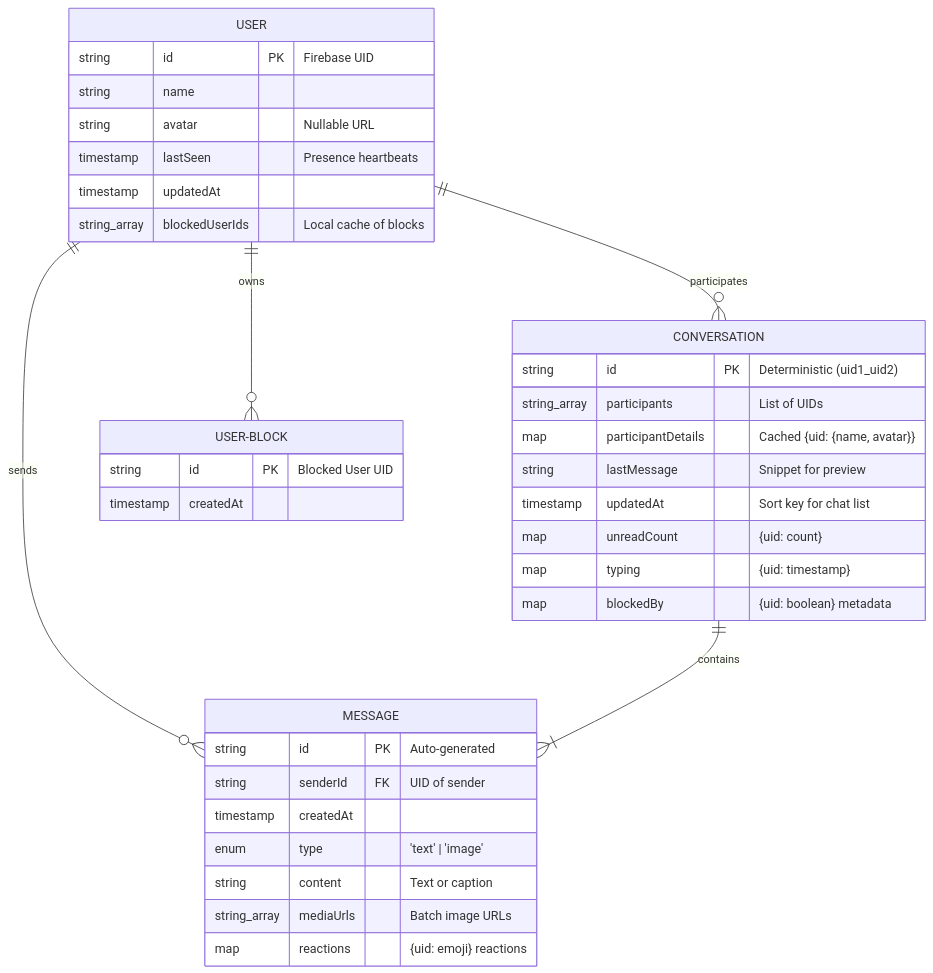
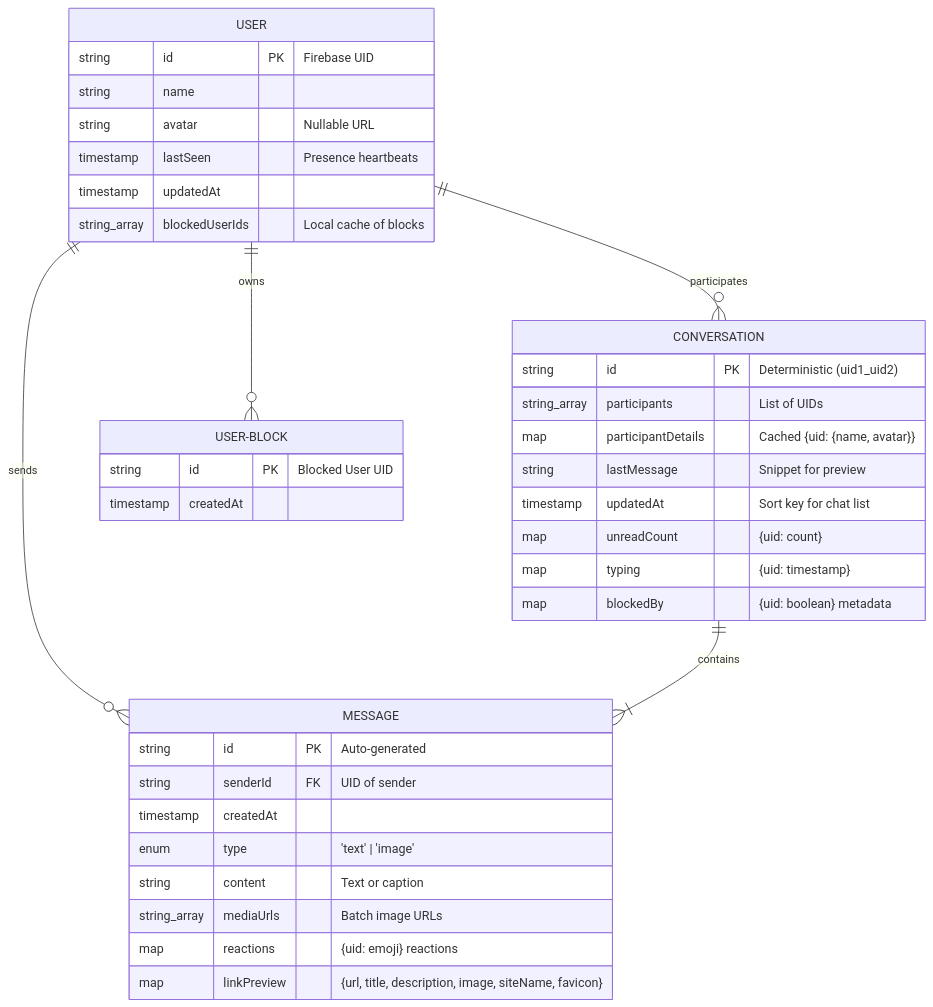
Before and after one commit to empiretylh/artspacenextjs: the diagram in src/features/chat/README.md, drawn with Mermaid. The commit also changed other lines of this file and 9 other files, not shown here.

First line of the commit message:
feat(chat): add rich link preview support and open graph url unfurling

````diff
--- a/src/features/chat/README.md
+++ b/src/features/chat/README.md
@@ -14,42 +14,43 @@
 ```mermaid
 erDiagram
     USER ||--o{ CONVERSATION : participates
     USER ||--o{ MESSAGE : sends
     USER ||--o{ USER-BLOCK : owns
     CONVERSATION ||--|{ MESSAGE : contains
 
     USER {
         string id PK "Firebase UID"
         string name
         string avatar "Nullable URL"
         timestamp lastSeen "Presence heartbeats"
         timestamp updatedAt
         string_array blockedUserIds "Local cache of blocks"
     }
 
     CONVERSATION {
         string id PK "Deterministic (uid1_uid2)"
         string_array participants "List of UIDs"
         map participantDetails "Cached {uid: {name, avatar}}"
         string lastMessage "Snippet for preview"
         timestamp updatedAt "Sort key for chat list"
         map unreadCount "{uid: count}"
         map typing "{uid: timestamp}"
         map blockedBy "{uid: boolean} metadata"
     }
 
     MESSAGE {
         string id PK "Auto-generated"
         string senderId FK "UID of sender"
         timestamp createdAt
         enum type "'text' | 'image'"
         string content "Text or caption"
         string_array mediaUrls "Batch image URLs"
         map reactions "{uid: emoji} reactions"
+        map linkPreview "{url, title, description, image, siteName, favicon}"
     }
 
     USER-BLOCK {
         string id PK "Blocked User UID"
         timestamp createdAt
     }
 ```
````
